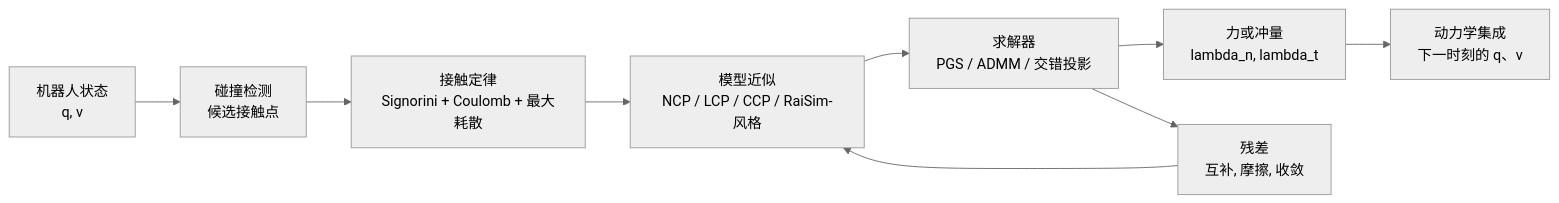
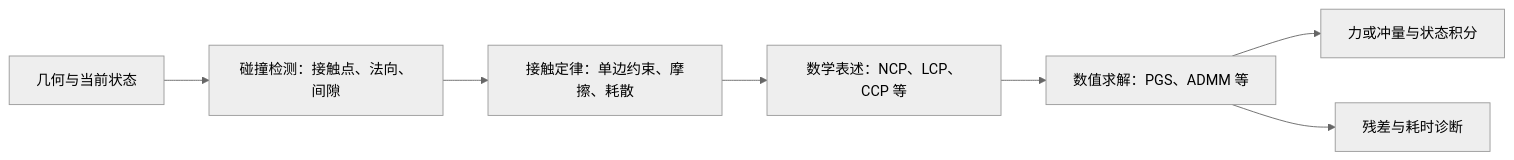
One commit to niuverse/llm-wiki changed the diagram in wiki/concepts/ContactModelsInRobotics.md. Above: the diagram before and after it, drawn with Mermaid (neutral theme). The commit also changed other lines of this file and 222 other files, not shown here.

````diff
--- a/wiki/concepts/ContactModelsInRobotics.md
+++ b/wiki/concepts/ContactModelsInRobotics.md
@@ -27,11 +27,9 @@
 ```mermaid
 flowchart LR
-  A["机器人状态<br/>q, v"] --> B["碰撞检测<br/>候选接触点"]
-  B --> C["接触定律<br/>Signorini + Coulomb + 最大耗散"]
-  C --> D["模型近似<br/>NCP / LCP / CCP / RaiSim-风格"]
-  D --> E["求解器<br/>PGS / ADMM / 交错投影"]
-  E --> F["力或冲量<br/>lambda_n, lambda_t"]
-  F --> G["动力学集成<br/>下一时刻的 q、v"]
-  E --> H["残差<br/>互补, 摩擦, 收敛"]
-  H --> D
+  A[几何与当前状态] --> B[碰撞检测：接触点、法向、间隙]
+  B --> C[接触定律：单边约束、摩擦、耗散]
+  C --> D[数学表述：NCP、LCP、CCP 等]
+  D --> E[数值求解：PGS、ADMM 等]
+  E --> F[力或冲量与状态积分]
+  E --> G[残差与耗时诊断]
 ```
````
